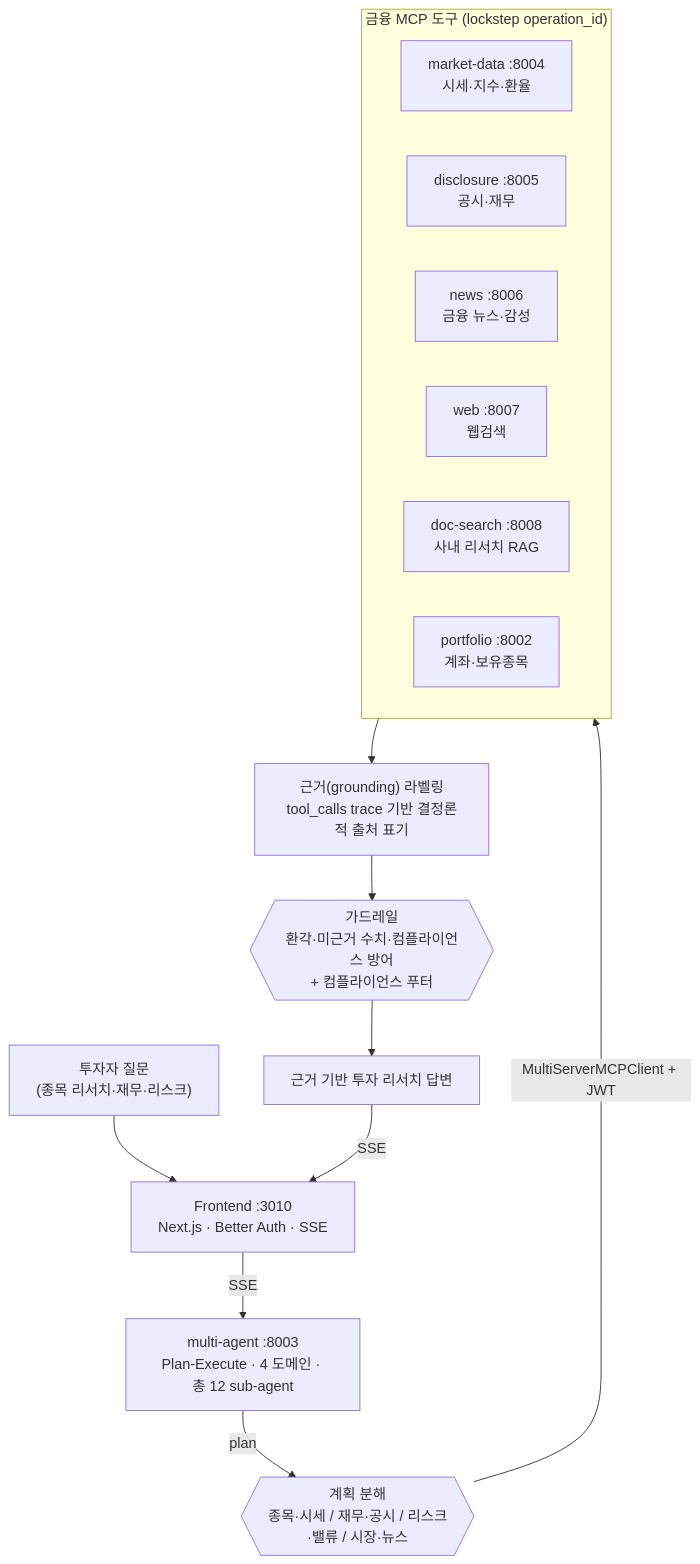
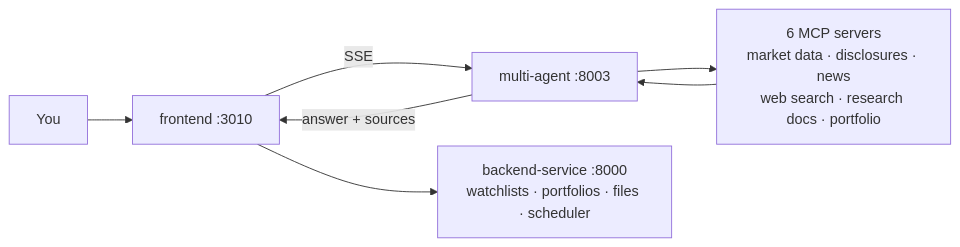
The diagram in README.md (Danwoo/trading-lab), drawn with Mermaid before and after one commit. The commit also changed other lines of this file, not shown here.

````diff
--- a/README.md
+++ b/README.md
@@ -15,22 +57,9 @@
 ```mermaid
-flowchart TD
-    INV["투자자 질문<br/>(종목 리서치·재무·리스크)"] --> FE["Frontend :3010<br/>Next.js · Better Auth · SSE"]
-    FE -->|SSE| MA["multi-agent :8003<br/>Plan-Execute · 4 도메인 · 총 12 sub-agent"]
-
-    MA -->|plan| PLAN{{"계획 분해<br/>종목·시세 / 재무·공시 / 리스크·밸류 / 시장·뉴스"}}
-    PLAN -->|MultiServerMCPClient + JWT| TOOLS
-
-    subgraph TOOLS["금융 MCP 도구 (lockstep operation_id)"]
-      MKT["market-data :8004<br/>시세·지수·환율"]
-      DSC["disclosure :8005<br/>공시·재무"]
-      NEWS["news :8006<br/>금융 뉴스·감성"]
-      WEB["web :8007<br/>웹검색"]
-      DOC["doc-search :8008<br/>사내 리서치 RAG"]
-      PF["portfolio :8002<br/>계좌·보유종목"]
-    end
-
-    TOOLS --> GROUND["근거(grounding) 라벨링<br/>tool_calls trace 기반 결정론적 출처 표기"]
-    GROUND --> GUARD{{"가드레일<br/>환각·미근거 수치·컴플라이언스 방어<br/>+ 컴플라이언스 푸터"}}
-    GUARD --> ANS["근거 기반 투자 리서치 답변"]
-    ANS -->|SSE| FE
+flowchart LR
+    U["You"] --> FE["frontend :3010"]
+    FE -->|SSE| MA["multi-agent :8003"]
+    MA --> MCP["6 MCP servers<br/>market data · disclosures · news<br/>web search · research docs · portfolio"]
+    MCP --> MA
+    MA -->|answer + sources| FE
+    FE --> BE["backend-service :8000<br/>watchlists · portfolios · files · scheduler"]
 ```
````
